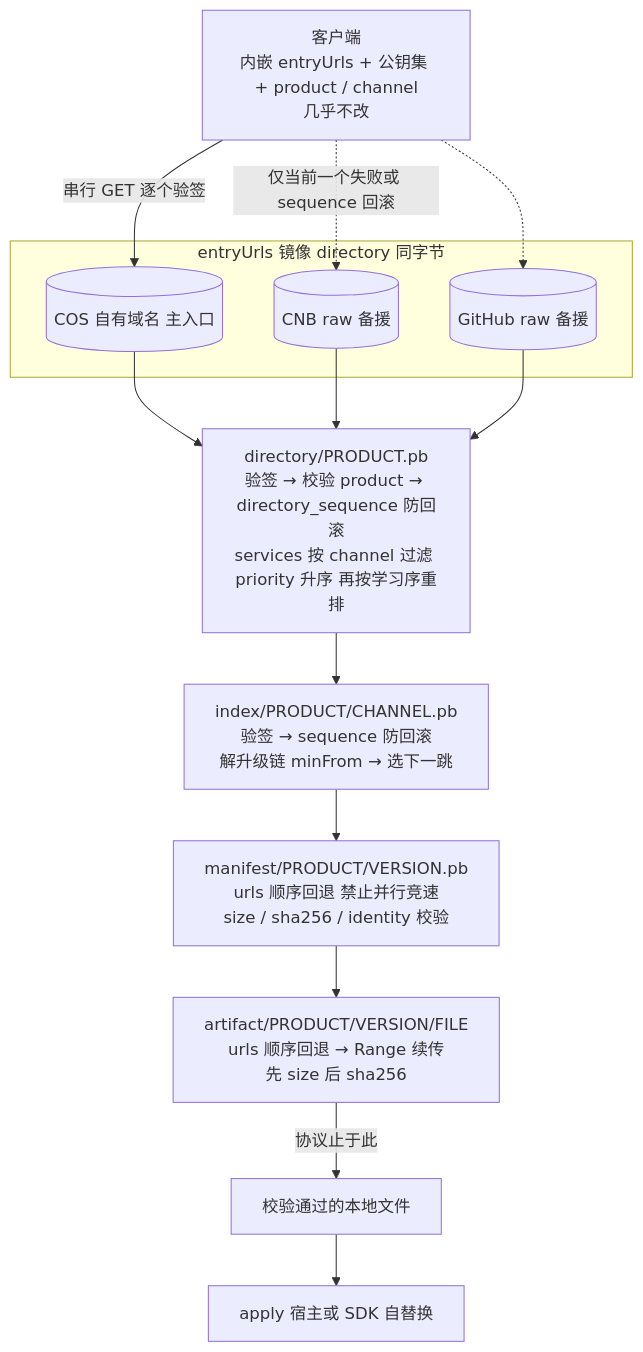
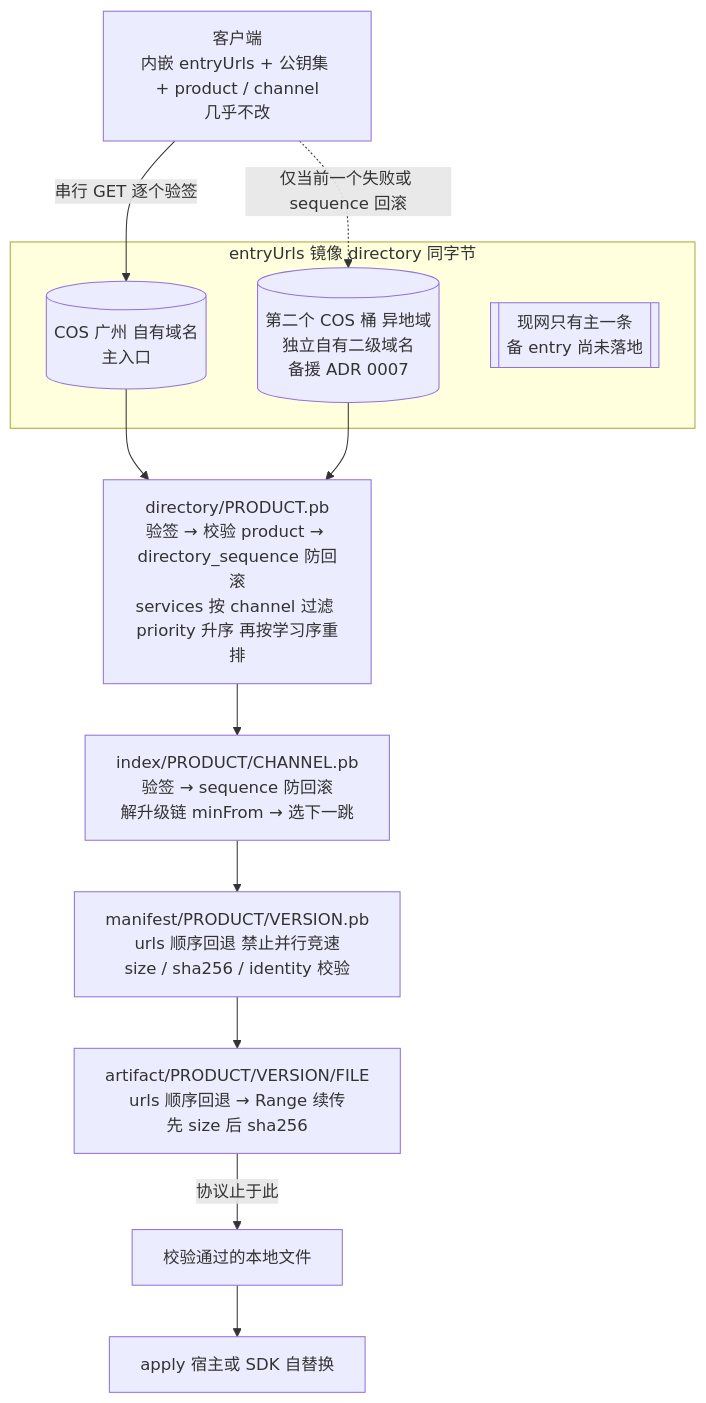
Before and after one commit to shichao402/relkit: the second of 2 diagrams in docs/design/update-ingress-cos.md, drawn with Mermaid. The commit also changed other lines of this file and 33 other files, not shown here.

````diff
--- a/docs/design/update-ingress-cos.md
+++ b/docs/design/update-ingress-cos.md
@@ -125,26 +147,24 @@
 ```mermaid
 flowchart TB
   client["客户端<br/>内嵌 entryUrls + 公钥集 + product / channel<br/>几乎不改"]
 
   subgraph entries [entryUrls 镜像 directory 同字节]
-    entryCos[("COS 自有域名 主入口")]
-    entryCnb[("CNB raw 备援")]
-    entryGithub[("GitHub raw 备援")]
+    entryCos[("COS 广州 自有域名<br/>主入口")]
+    entryBackup[("第二个 COS 桶 异地域<br/>独立自有二级域名<br/>备援 ADR 0007")]
+    entryTodo[["现网只有主一条<br/>备 entry 尚未落地"]]
   end
 
   directoryDoc["directory/PRODUCT.pb<br/>验签 → 校验 product → directory_sequence 防回滚<br/>services 按 channel 过滤 priority 升序 再按学习序重排"]
   indexDoc["index/PRODUCT/CHANNEL.pb<br/>验签 → sequence 防回滚<br/>解升级链 minFrom → 选下一跳"]
   manifestDoc["manifest/PRODUCT/VERSION.pb<br/>urls 顺序回退 禁止并行竞速<br/>size / sha256 / identity 校验"]
   artifactFile["artifact/PRODUCT/VERSION/FILE<br/>urls 顺序回退 → Range 续传<br/>先 size 后 sha256"]
   verifiedFile["校验通过的本地文件"]
   applyStep["apply 宿主或 SDK 自替换"]
 
   client -->|"串行 GET 逐个验签"| entryCos
-  client -.->|"仅当前一个失败或 sequence 回滚"| entryCnb
-  client -.-> entryGithub
+  client -.->|"仅当前一个失败或 sequence 回滚"| entryBackup
   entryCos --> directoryDoc
-  entryCnb --> directoryDoc
-  entryGithub --> directoryDoc
+  entryBackup --> directoryDoc
   directoryDoc --> indexDoc --> manifestDoc --> artifactFile
   artifactFile -->|"协议止于此"| verifiedFile --> applyStep
 ```
````
